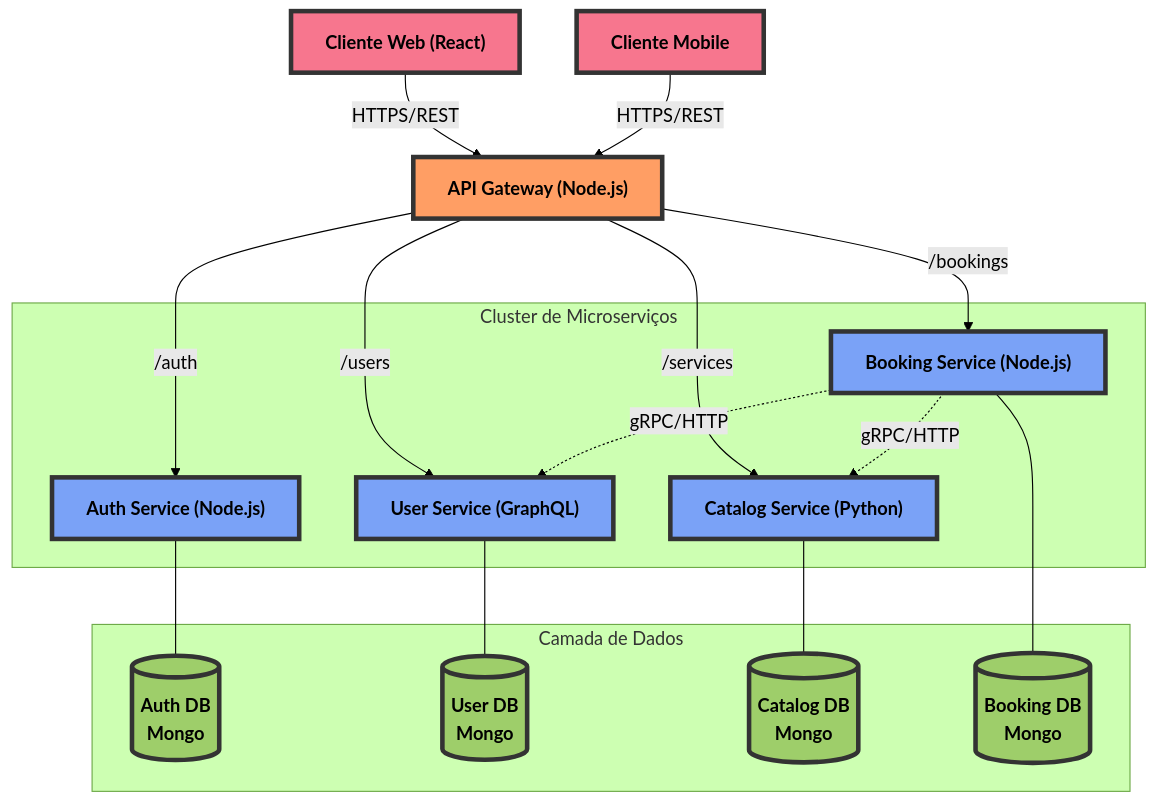
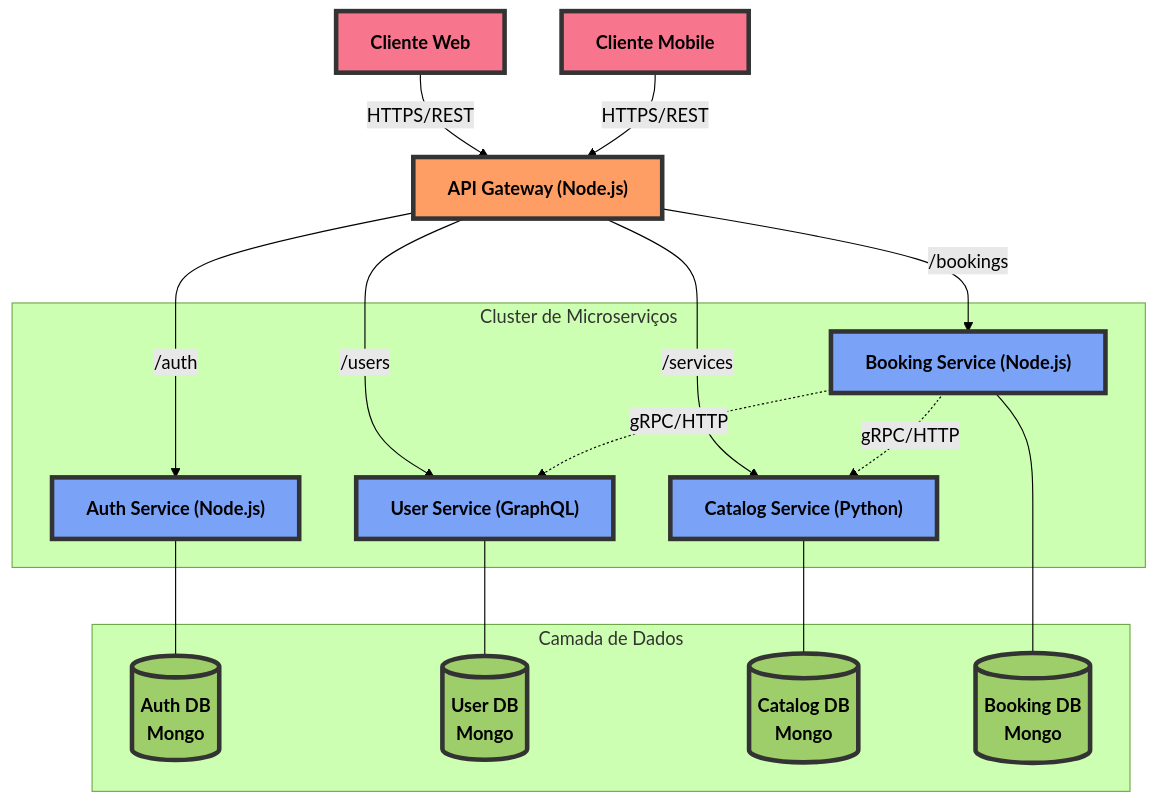
Before and after one commit to JoaoPreto1/SIC: the diagram in Diagrama de Arquitetura - ServiçosGo.md, drawn with Mermaid (forest theme).

Commit message:
Fix label for ClientWeb in architecture diagram
Updated the label for 'Cliente Web' in the architecture diagram.

````diff
--- a/Diagrama de Arquitetura - ServiçosGo.md
+++ b/Diagrama de Arquitetura - ServiçosGo.md
@@ -1,54 +1,54 @@
 ```mermaid
 graph TD
     %% Estilos
     classDef gateway fill:#ff9e64,stroke:#333,stroke-width:4px,color:black,font-weight:bold;
     classDef service fill:#7aa2f7,stroke:#333,stroke-width:4px,color:black,font-weight:bold;
     classDef db fill:#9ece6a,stroke:#333,stroke-width:4px,color:black,font-weight:bold;
     classDef client fill:#f7768e,stroke:#333,stroke-width:4px,color:black,font-weight:bold;
 
     %% Nós
-    ClientWeb["<b>Cliente Web (React)</b>"]
+    ClientWeb["<b>Cliente Web</b>"]
     ClientMob["<b>Cliente Mobile</b>"]
     
     Gateway["<b>API Gateway (Node.js)</b>"]
     
     subgraph "Cluster de Microserviços"
         Auth["<b>Auth Service (Node.js)</b>"]
         User["<b>User Service (GraphQL)</b>"]
         Catalog["<b>Catalog Service (Python)</b>"]
         Booking["<b>Booking Service (Node.js)</b>"]
     end
     
     subgraph "Camada de Dados"
         AuthDB[("<b>Auth DB\nMongo</b>")]
         UserDB[("<b>User DB\nMongo</b>")]
         CatalogDB[("<b>Catalog DB\nMongo</b>")]
         BookingDB[("<b>Booking DB\nMongo</b>")]
     end
 
     %% Relações Externas
     ClientWeb -->|HTTPS/REST| Gateway
     ClientMob -->|HTTPS/REST| Gateway
 
     %% Roteamento Gateway
     Gateway -->|/auth| Auth
     Gateway -->|/users| User
     Gateway -->|/services| Catalog
     Gateway -->|/bookings| Booking
 
     %% Comunicação Inter-serviços
     Booking -.->|gRPC/HTTP| User
     Booking -.->|gRPC/HTTP| Catalog
 
     %% Persistência
     Auth --- AuthDB
     User --- UserDB
     Catalog --- CatalogDB
     Booking --- BookingDB
 
     %% Aplicação de Estilos
     class ClientWeb,ClientMob client;
     class Gateway gateway;
     class Auth,User,Catalog,Booking service;
     class AuthDB,UserDB,CatalogDB,BookingDB db;
 ```
````
